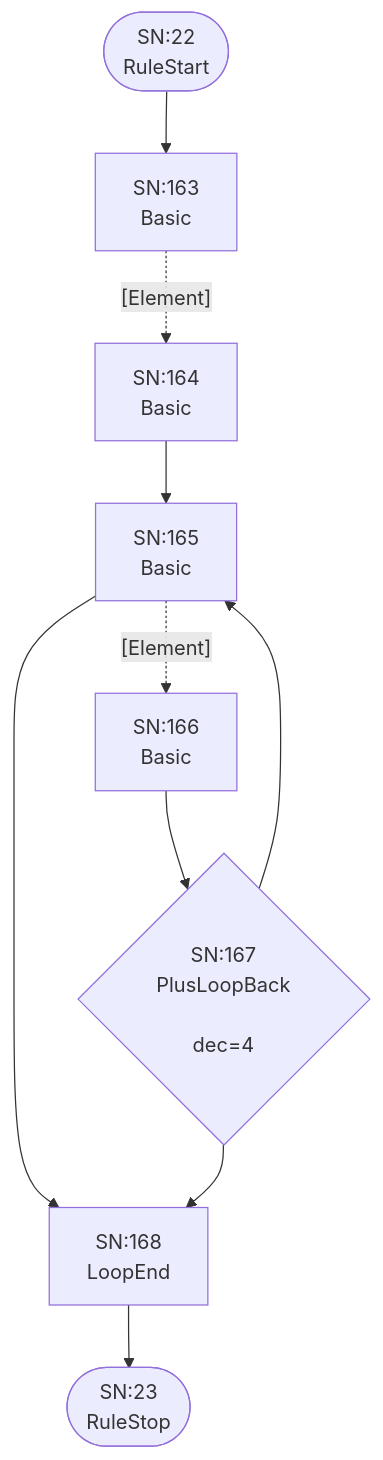
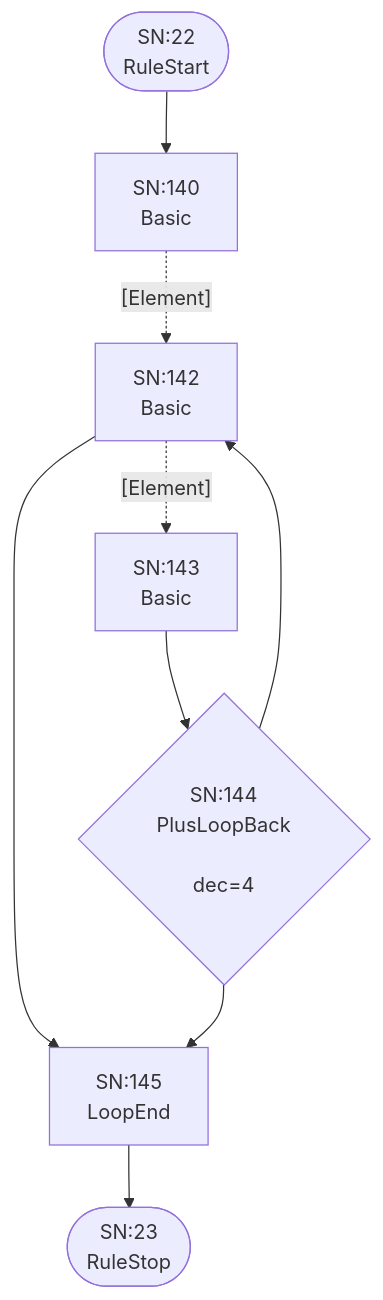
Diagram 12 of 25 in internal/grammar/atn.md (TypeFox/fastbelt), drawn with Mermaid before and after one commit. The commit also changed other lines of this file and 4 other files, not shown here.

````diff
--- a/internal/grammar/atn.md
+++ b/internal/grammar/atn.md
@@ -358,21 +312,19 @@
 ```mermaid
 flowchart TD
     q22(["SN:22<br/>RuleStart"])
     q23(["SN:23<br/>RuleStop"])
-    q163["SN:163<br/>Basic<br/>"]
-    q164["SN:164<br/>Basic<br/>"]
-    q165["SN:165<br/>Basic<br/>"]
-    q166["SN:166<br/>Basic<br/>"]
-    q167{"SN:167<br/>PlusLoopBack<br/><br/>dec=4"}
-    q168["SN:168<br/>LoopEnd<br/>"]
+    q140["SN:140<br/>Basic<br/>"]
+    q141["SN:142<br/>Basic<br/>"]
+    q142["SN:143<br/>Basic<br/>"]
+    q143{"SN:144<br/>PlusLoopBack<br/><br/>dec=4"}
+    q144["SN:145<br/>LoopEnd<br/>"]
 
-    q22 --> q163
-    q163 -.->|"[Element]"| q164
-    q164 --> q165
-    q165 -.->|"[Element]"| q166
-    q165 --> q168
-    q166 --> q167
-    q167 --> q165
-    q167 --> q168
-    q168 --> q23
+    q22 --> q140
+    q140 -.->|"[Element]"| q141
+    q141 -.->|"[Element]"| q142
+    q141 --> q144
+    q142 --> q143
+    q143 --> q141
+    q143 --> q144
+    q144 --> q23
 ```
````
